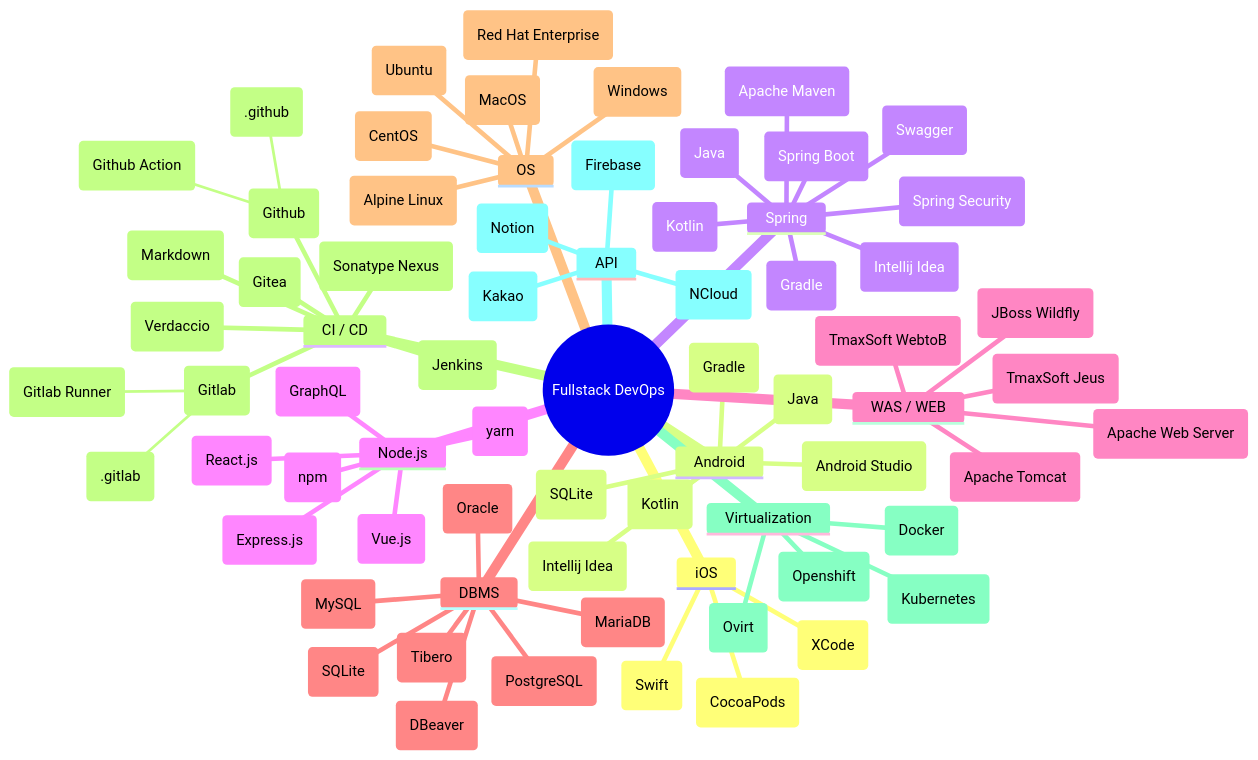
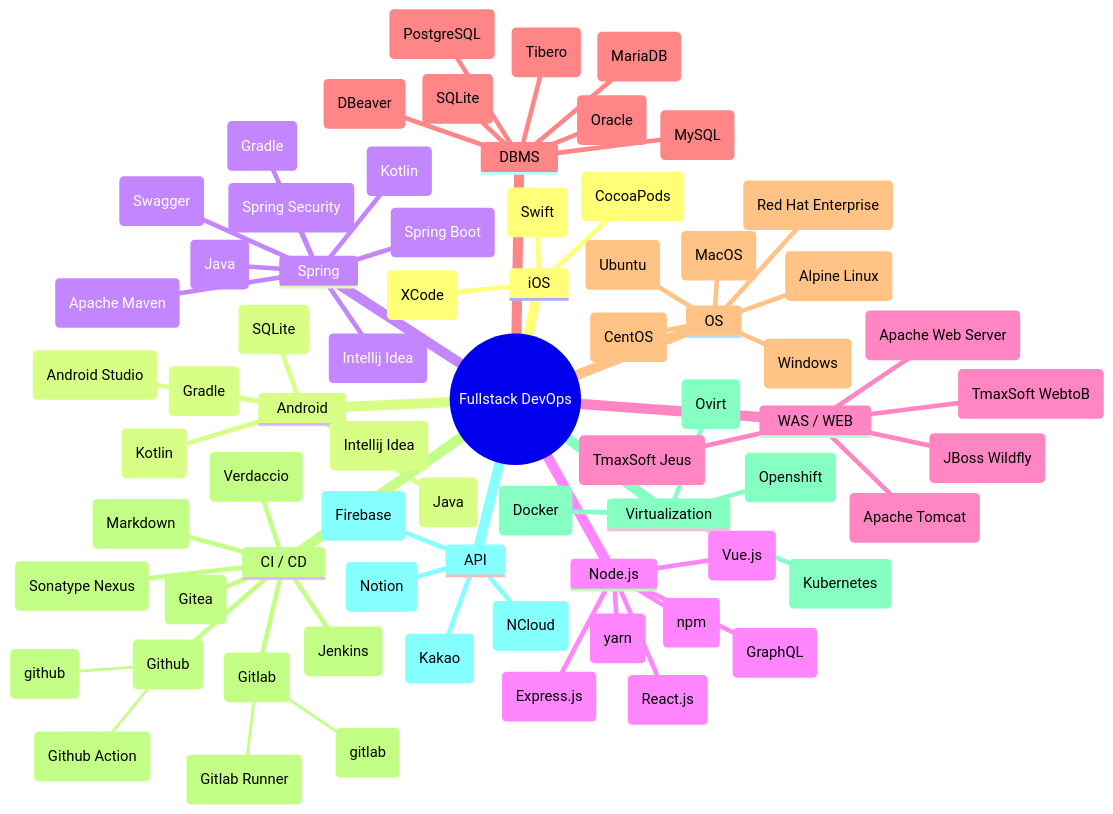
The diagram in src/index.md (chanhi2000/devlog), drawn with Mermaid before and after one commit. The commit also changed 178 other files, not shown here.

````diff
--- a/src/index.md
+++ b/src/index.md
@@ -566,74 +566,74 @@
 ```mermaid
 mindmap
   root((Fullstack DevOps))
     iOS
       B1(Swift)
       B2(XCode)
       B3(CocoaPods)
     Android
       C1(Java)
       C2(Kotlin)
       C3(Intellij Idea)
       C4(Android Studio)
       C5(Gradle)
       C6(SQLite)
     Spring
       D1(Java)
       D2(Kotlin)
       D3(Intellij Idea)
       D4(Gradle)
       D5(Apache Maven)
       D6(Spring Security)
       D7(Spring Boot)
       D8(Swagger)
     Node.js
       G1(npm)
       G2(yarn)
       G3(React.js)
       G4(Vue.js)
       G5(Express.js)
       G6(GraphQL)
     WAS / WEB
       E1(Apache Tomcat)
       E2(JBoss Wildfly)
       E3(Apache Web Server)
       E4(TmaxSoft Jeus)
       E5(TmaxSoft WebtoB)
     DBMS
       F1(DBeaver)
       F2(Oracle)
       F3(MySQL)
       F4(MariaDB)
       F5(SQLite)
       F6(PostgreSQL)
       F7(Tibero)
     OS
       H1(Windows)
       H2(MacOS)
       H3(Ubuntu)
       H4(CentOS)
       H5(Red Hat Enterprise)
       H6(Alpine Linux)
     CI / CD
       I1(Jenkins)
       I2(Github)
         I2a(Github Action)
-        I2b(.github)
+        I2b(github)
       I3(Gitlab)
         I3a(Gitlab Runner)
-        I3b(.gitlab)
+        I3b(gitlab)
       I4(Gitea)
       I5(Verdaccio)
       I6(Sonatype Nexus)
       I7(Markdown)
     Virtualization
       J1(Docker)
       J2(Kubernetes)
       J3(Openshift)
       J4(Ovirt)
     API
       K1(Firebase)
       K2(Kakao)
       K3(NCloud)
       K4(Notion)
 ```
````
